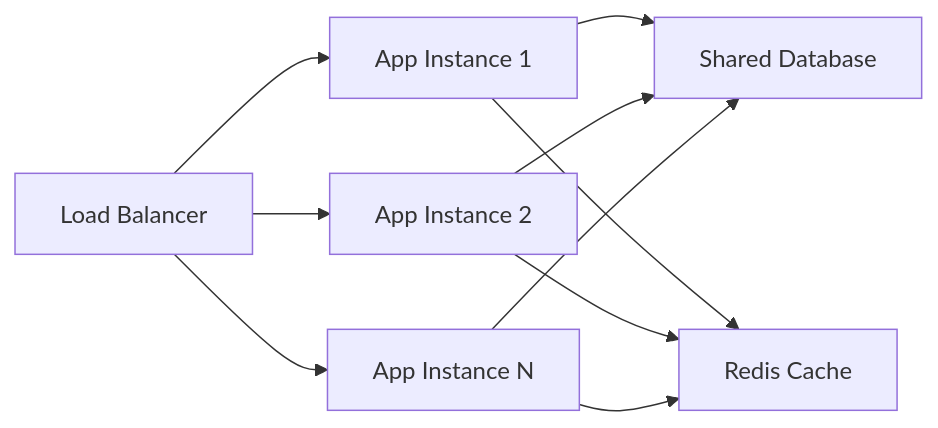
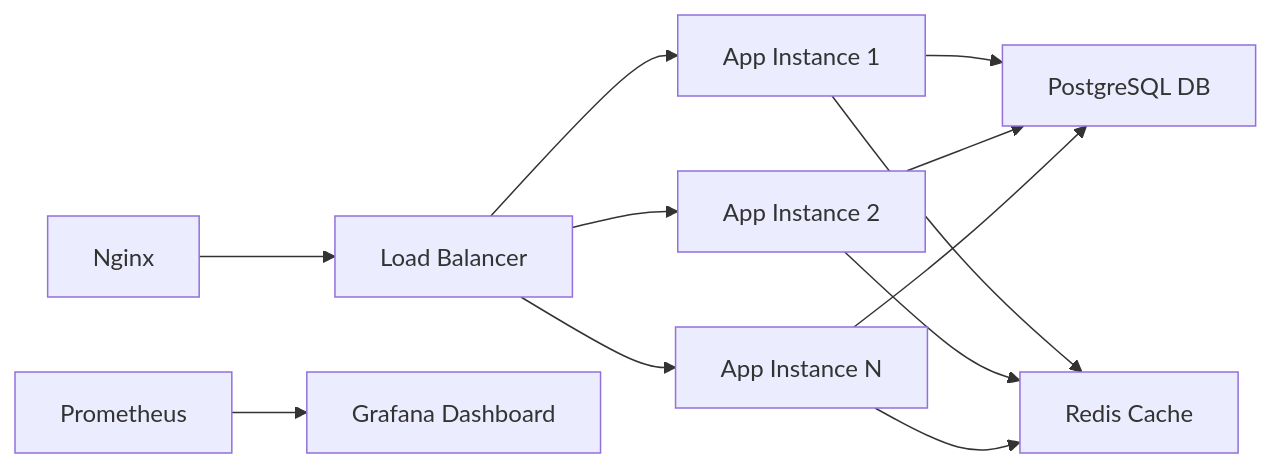
The third of 3 diagrams in README.md (Sanhith30/Multi-agent_chatbot), drawn with Mermaid before and after one commit. The commit also changed other lines of this file and 8 other files, not shown here.

````diff
--- a/README.md
+++ b/README.md
@@ -500,14 +542,17 @@
 ```mermaid
 graph LR
     A[Load Balancer] --> B[App Instance 1]
     A --> C[App Instance 2]
     A --> D[App Instance N]
     
-    B --> E[Shared Database]
+    B --> E[PostgreSQL DB]
     C --> E
     D --> E
     
     B --> F[Redis Cache]
     C --> F
     D --> F
+    
+    G[Prometheus] --> H[Grafana Dashboard]
+    I[Nginx] --> A
 ```
````
